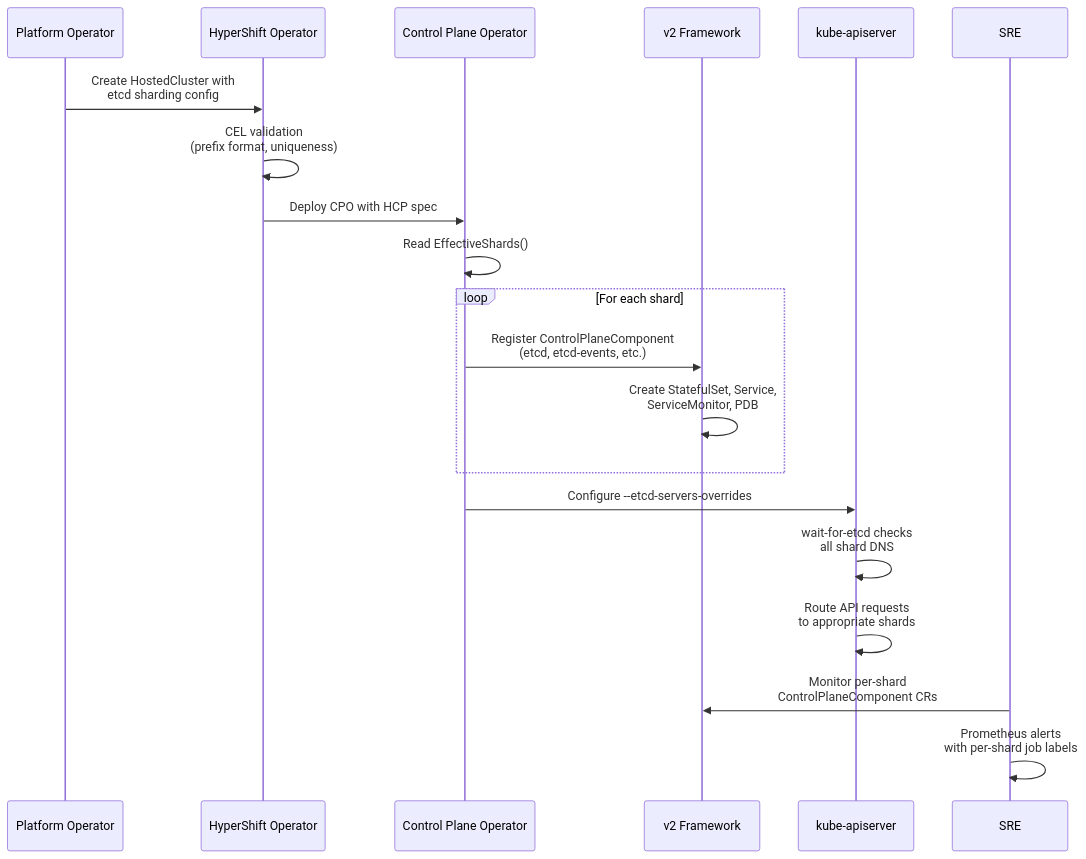
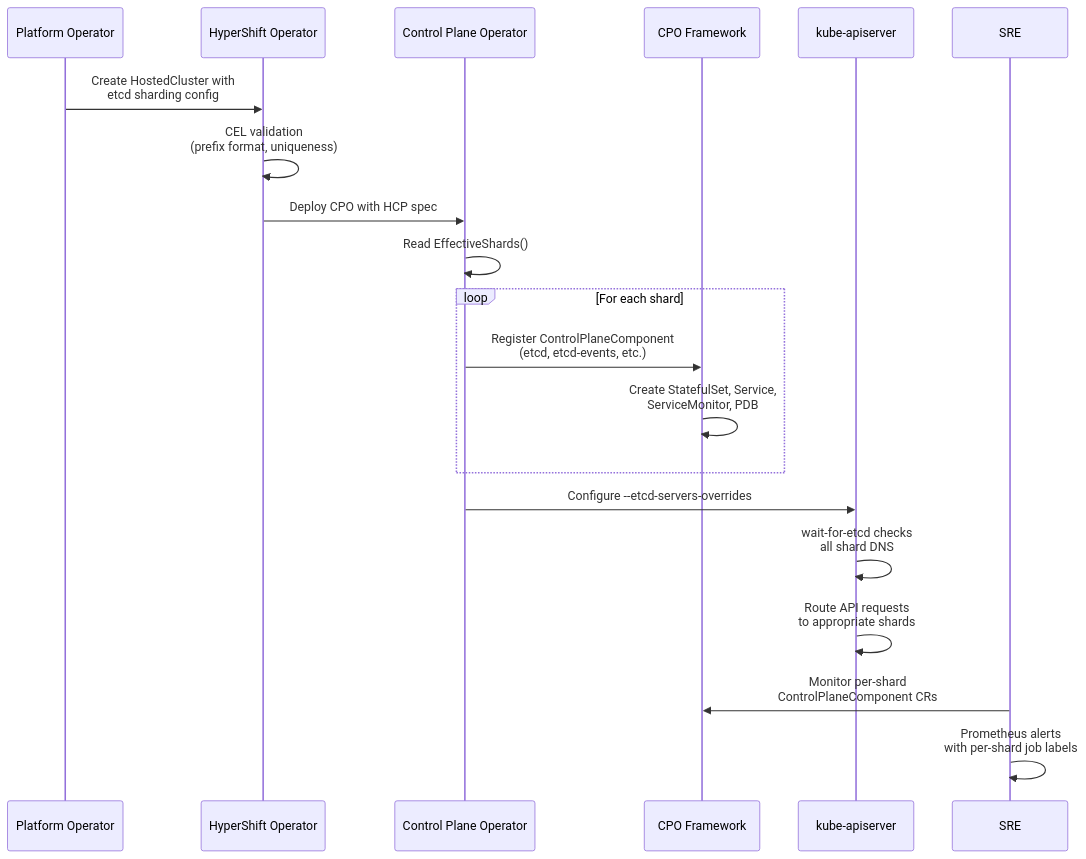
One commit to openshift/enhancements changed the diagram in enhancements/hypershift/hypershift-etcd-sharding.md. Above: the diagram before and after it, drawn with Mermaid. The commit also changed other lines of this file, not shown here.

````diff
--- a/enhancements/hypershift/hypershift-etcd-sharding.md
+++ b/enhancements/hypershift/hypershift-etcd-sharding.md
@@ -153,23 +154,23 @@
 ```mermaid
 sequenceDiagram
     participant PO as Platform Operator
     participant HO as HyperShift Operator
     participant CPO as Control Plane Operator
-    participant FW as v2 Framework
+    participant FW as CPO Framework
     participant KAS as kube-apiserver
     participant SRE as SRE
 
     PO->>HO: Create HostedCluster with<br/>etcd sharding config
     HO->>HO: CEL validation<br/>(prefix format, uniqueness)
     HO->>CPO: Deploy CPO with HCP spec
     CPO->>CPO: Read EffectiveShards()
     loop For each shard
         CPO->>FW: Register ControlPlaneComponent<br/>(etcd, etcd-events, etc.)
         FW->>FW: Create StatefulSet, Service,<br/>ServiceMonitor, PDB
     end
     CPO->>KAS: Configure --etcd-servers-overrides
     KAS->>KAS: wait-for-etcd checks<br/>all shard DNS
     KAS->>KAS: Route API requests<br/>to appropriate shards
     SRE->>FW: Monitor per-shard<br/>ControlPlaneComponent CRs
     SRE->>SRE: Prometheus alerts<br/>with per-shard job labels
 ```
````
